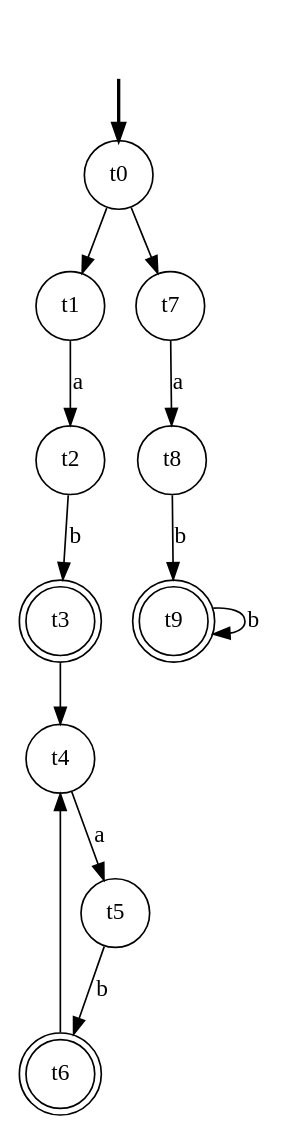
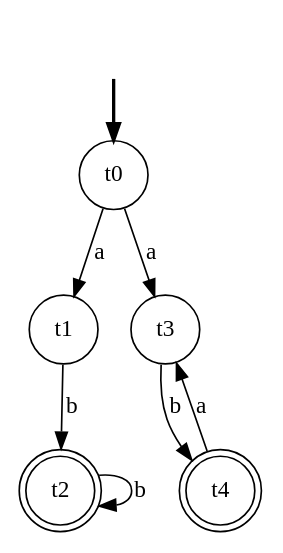
Before and after one commit to Raytr0/se3310assign2: the diagram in a2_q2.dot, drawn with Graphviz. The commit also changed 3 other files, not shown here.

```diff
--- a/a2_q2.dot
+++ b/a2_q2.dot
@@ -1,23 +1,18 @@
 digraph NFA {
     fake [style = invisible]
     t0 [root = true, shape = circle]
     fake -> t0 [style = bold]
-    t3 [shape=doublecircle]
-    t6 [shape=doublecircle]
-    t9 [shape=doublecircle]
+    t2 [shape=doublecircle]
+    t4 [shape=doublecircle]
     node [shape = circle];
-    t0 -> t1;
-    t1 -> t2 [label = "a"];
-    t2 -> t3 [label = "b"];
-    t3 -> t4 [label = ""];
-    t4 -> t5 [label = "a"];
-    t5 -> t6 [label = "b"];
-    t6 -> t4;
+    t0 -> t1 [label = "a"];
+    t1 -> t2 [label = "b"];
+    t2 -> t2 [label = "b"];
 
-    t0 -> t7;
-    t7 -> t8 [label = "a"];
-    t8 -> t9 [label = "b"];
-    t9 -> t9 [label = "b"];
+
+    t0 -> t3 [label = "a"];
+    t3 -> t4 [label = "b"];
+    t4 -> t3 [label = "a"];
 
 
 }
```
